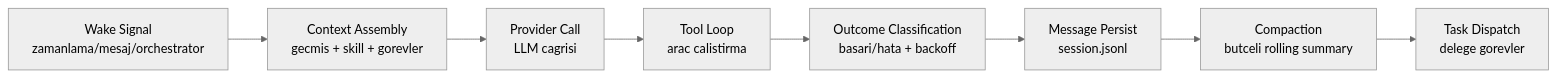
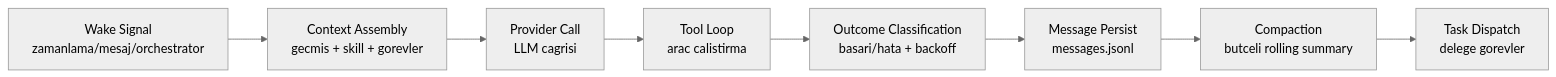
One commit to bilal-arikan/tionharness changed the second of 2 diagrams in _Docs/01-MIMARI.md. Above: the diagram before and after it, drawn with Mermaid (neutral theme). The commit also changed other lines of this file and 36 other files, not shown here.

````diff
--- a/_Docs/01-MIMARI.md
+++ b/_Docs/01-MIMARI.md
@@ -44,10 +44,10 @@
 ```mermaid
 graph LR
     W[Wake Signal<br/>zamanlama/mesaj/orchestrator] --> CTX[Context Assembly<br/>gecmis + skill + gorevler]
     CTX --> CALL[Provider Call<br/>LLM cagrisi]
     CALL --> TOOL[Tool Loop<br/>arac calistirma]
     TOOL --> OUT[Outcome Classification<br/>basari/hata + backoff]
-    OUT --> PERSIST[Message Persist<br/>session.jsonl]
+    OUT --> PERSIST[Message Persist<br/>messages.jsonl]
     PERSIST --> COMPACT[Compaction<br/>butceli rolling summary]
     COMPACT --> DISPATCH[Task Dispatch<br/>delege gorevler]
 ```
````
